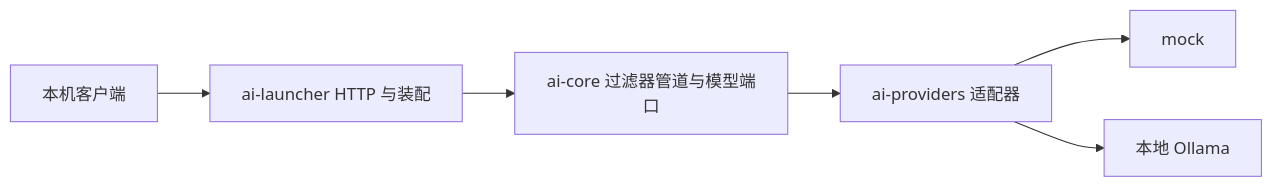
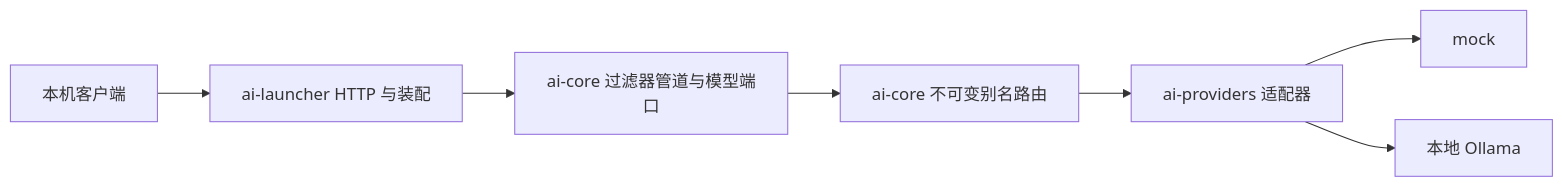
One commit to ayang3000/ai-integration-lab changed the diagram in docs/architecture/overview.md. Above: the diagram before and after it, drawn with Mermaid. The commit also changed other lines of this file and 51 other files, not shown here.

````diff
--- a/docs/architecture/overview.md
+++ b/docs/architecture/overview.md
@@ -16,8 +16,9 @@
 ```mermaid
 flowchart LR
   C[本机客户端] --> L[ai-launcher HTTP 与装配]
   L --> P[ai-core 过滤器管道与模型端口]
-  P --> A[ai-providers 适配器]
+  P --> R[ai-core 不可变别名路由]
+  R --> A[ai-providers 适配器]
   A --> M[mock]
   A --> O[本地 Ollama]
 ```
````
